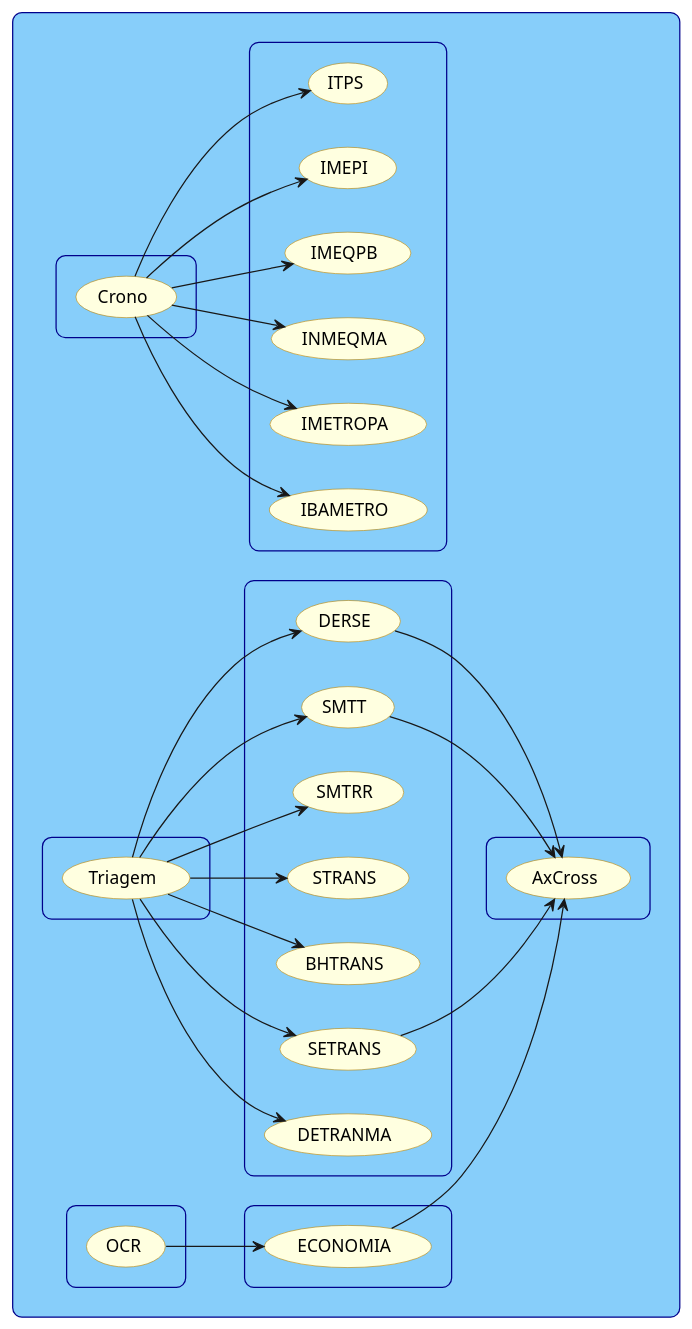
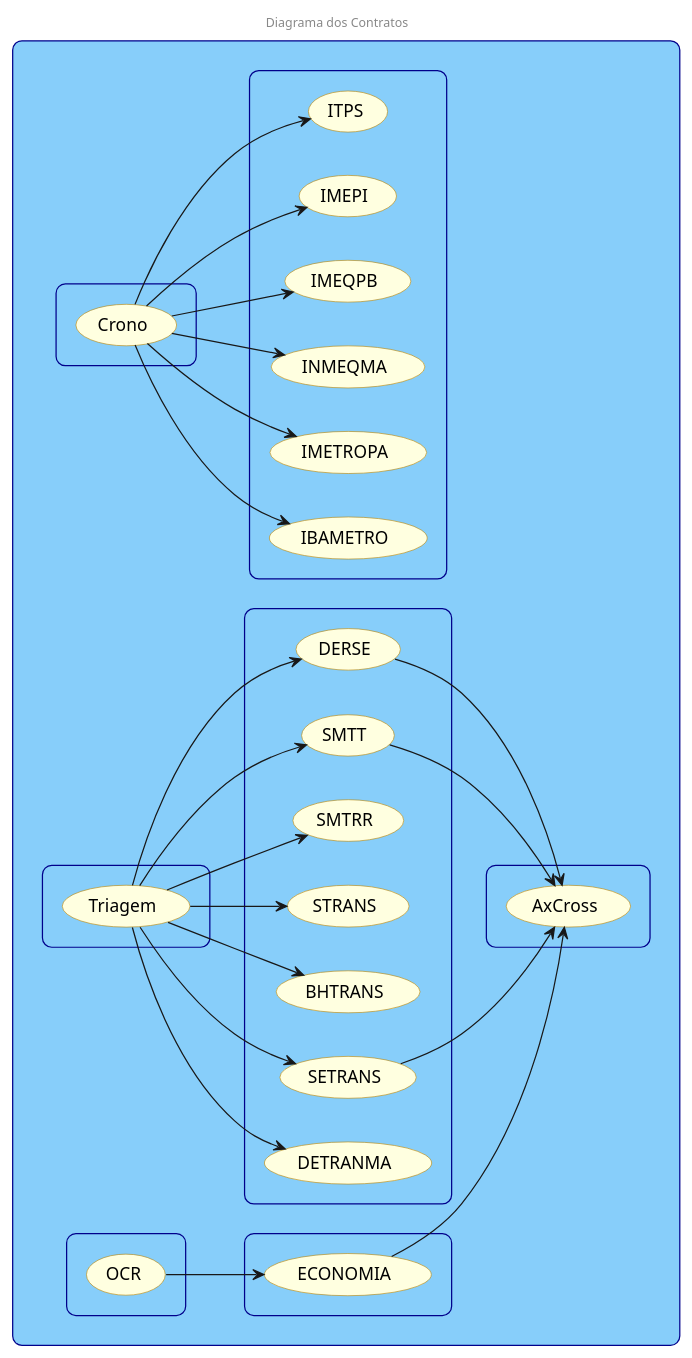
The diagram in Writerside/topics/Contratos.md (Axion-Tecnologia/Documentacao_Atualizada), drawn with PlantUML before and after one commit. The commit also changed other lines of this file and 4 other files, not shown here.

```diff
--- a/Writerside/topics/Contratos.md
+++ b/Writerside/topics/Contratos.md
@@ -16,6 +17,9 @@
     BorderColor DarkGoldenRod
     RoundCorner 15
 }
+center header
+Diagrama dos Contratos
+end header
 
 left to right direction
 rectangle  {
```
